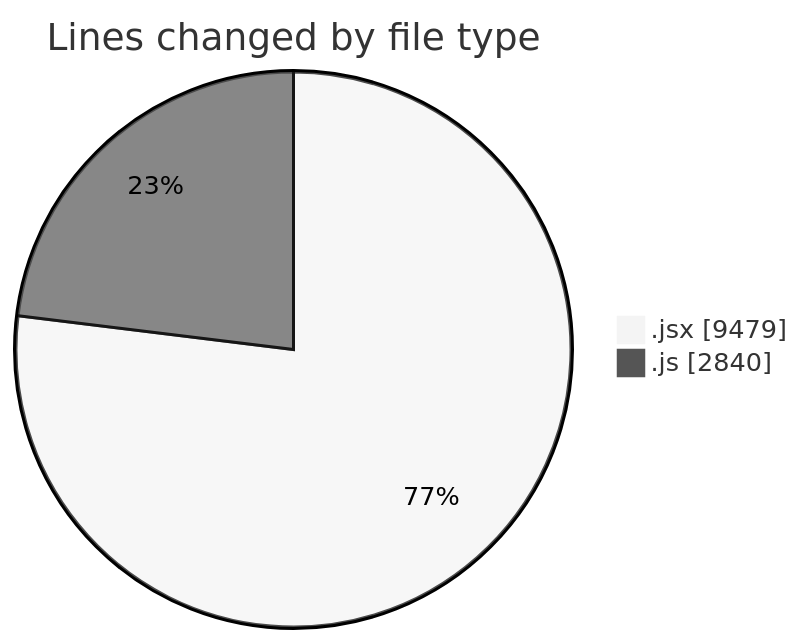
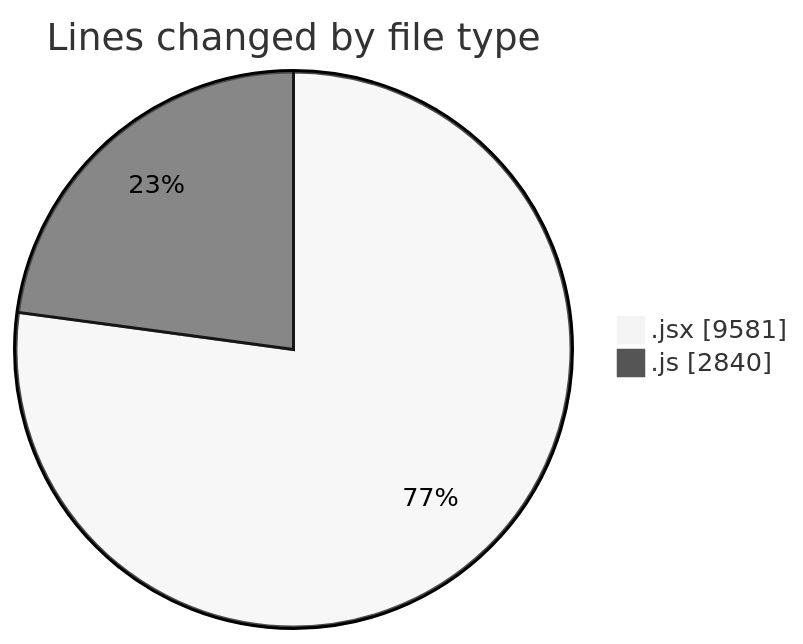
One commit to nxtqubesakshisongat/code-tracking changed the first of 2 diagrams in 2025-09-23/nxtqube_webapp/README.md. Above: the diagram before and after it, drawn with Mermaid (neutral theme). The commit also changed other lines of this file and 1 other file, not shown here.

````diff
--- a/2025-09-23/nxtqube_webapp/README.md
+++ b/2025-09-23/nxtqube_webapp/README.md
@@ -24,6 +24,6 @@
 ```mermaid
 pie showData
 title Lines changed by file type
-".jsx" : 9479
+".jsx" : 9581
 ".js" : 2840
 ```
````
